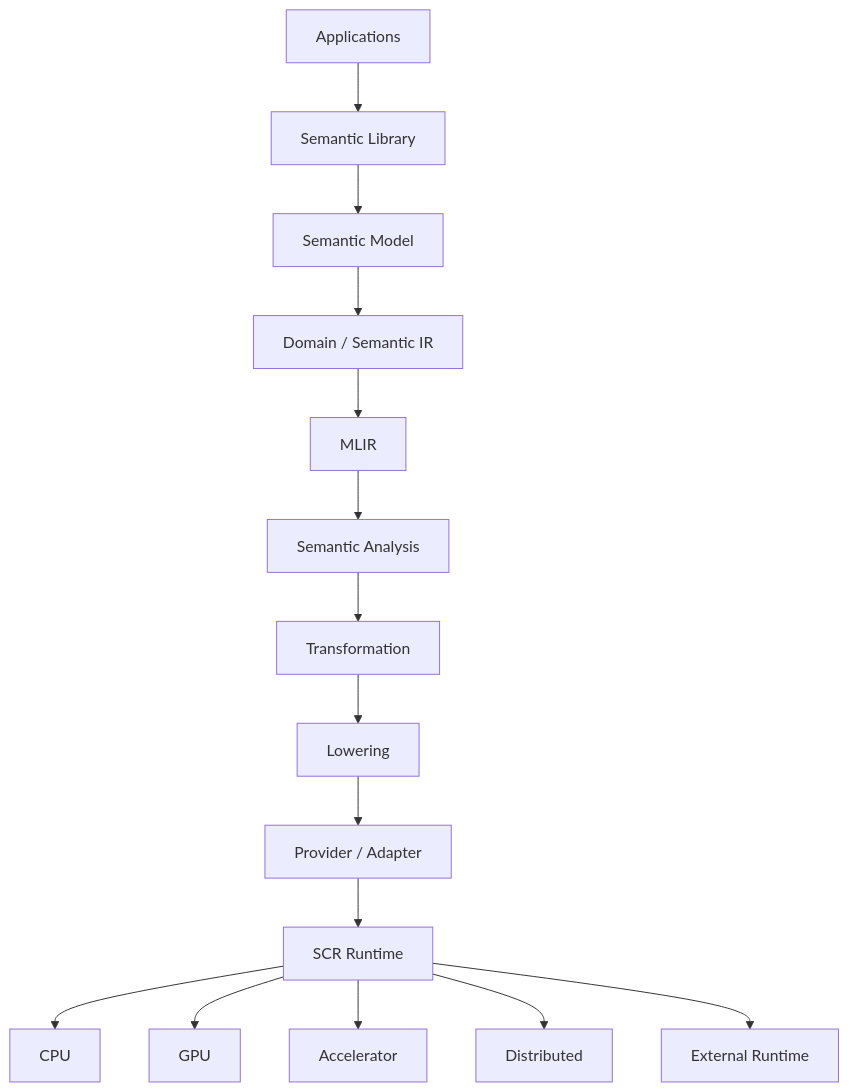
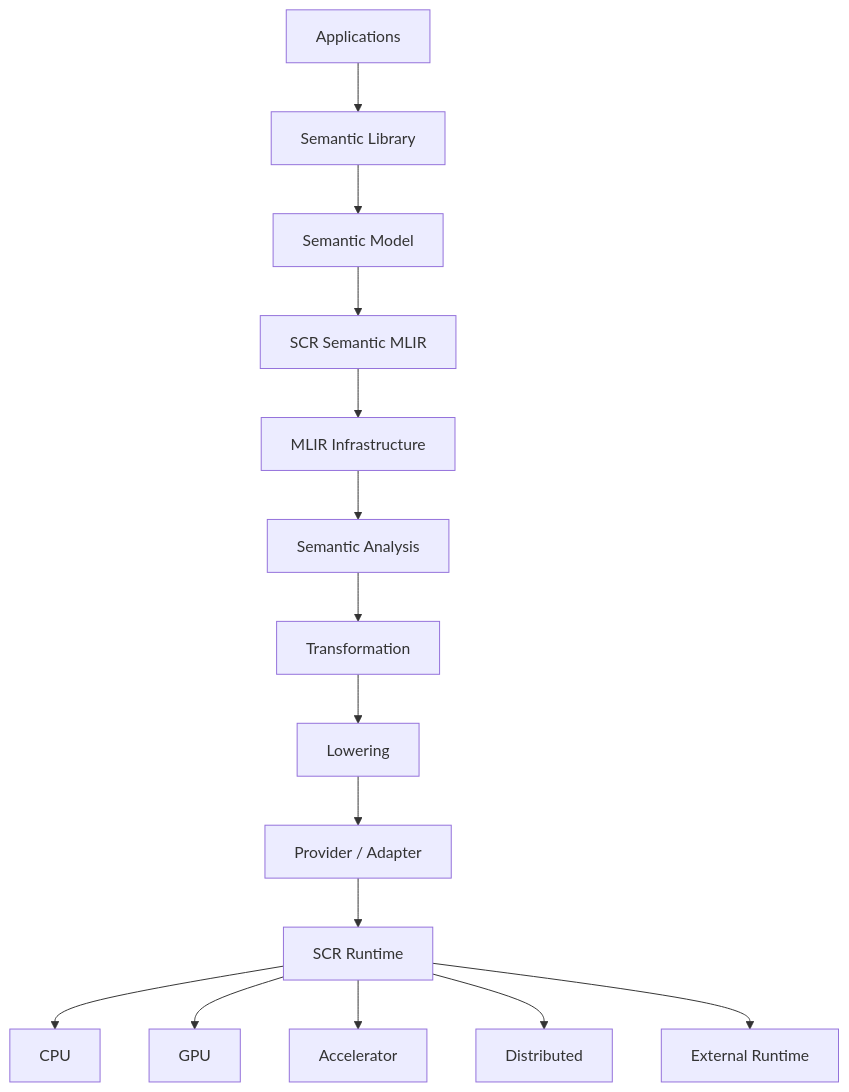
The third of 15 diagrams in README.md (zharia/Semantic-Computational-Runtime), drawn with Mermaid before and after one commit. The commit also changed other lines of this file and 47 other files, not shown here.

First line of the commit message:
feat: MLIR-first architectural alignment pass

````diff
--- a/README.md
+++ b/README.md
@@ -89,40 +89,40 @@
 ```mermaid
 flowchart TB
     APP["Applications"]
 
     SEM["Semantic Library"]
     MODEL["Semantic Model"]
-    IR["Domain / Semantic IR"]
+    IR["SCR Semantic MLIR"]
 
-    MLIR["MLIR"]
+    MLIR["MLIR Infrastructure"]
 
     ANALYSIS["Semantic Analysis"]
     TRANSFORM["Transformation"]
     LOWER["Lowering"]
 
     PROVIDER["Provider / Adapter"]
     RUNTIME["SCR Runtime"]
 
     CPU["CPU"]
     GPU["GPU"]
     ACC["Accelerator"]
     DIST["Distributed"]
     EXT["External Runtime"]
 
     APP --> SEM
     SEM --> MODEL
     MODEL --> IR
     IR --> MLIR
 
     MLIR --> ANALYSIS
     ANALYSIS --> TRANSFORM
     TRANSFORM --> LOWER
     LOWER --> PROVIDER
     PROVIDER --> RUNTIME
 
     RUNTIME --> CPU
     RUNTIME --> GPU
     RUNTIME --> ACC
     RUNTIME --> DIST
     RUNTIME --> EXT
 ```
````
